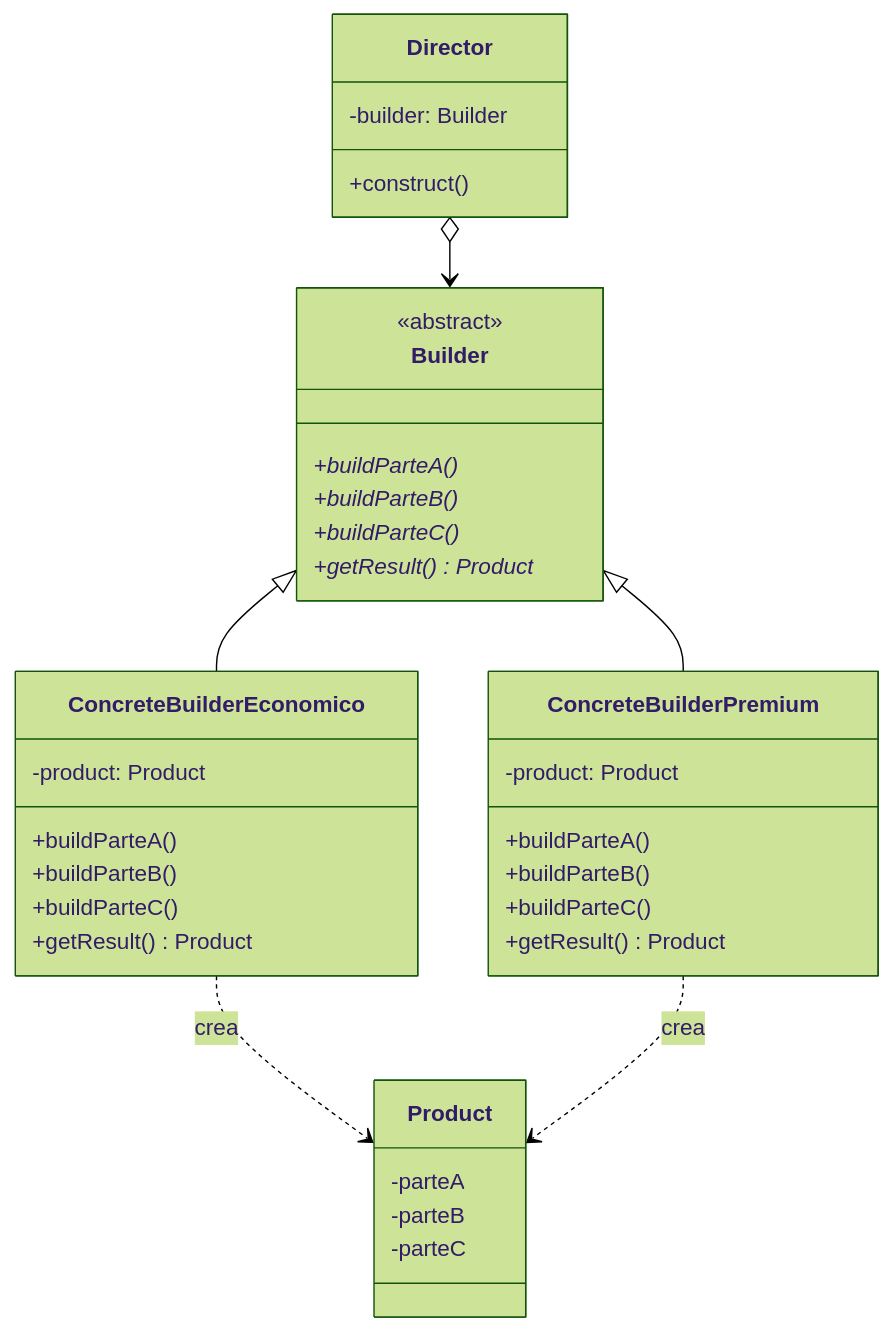
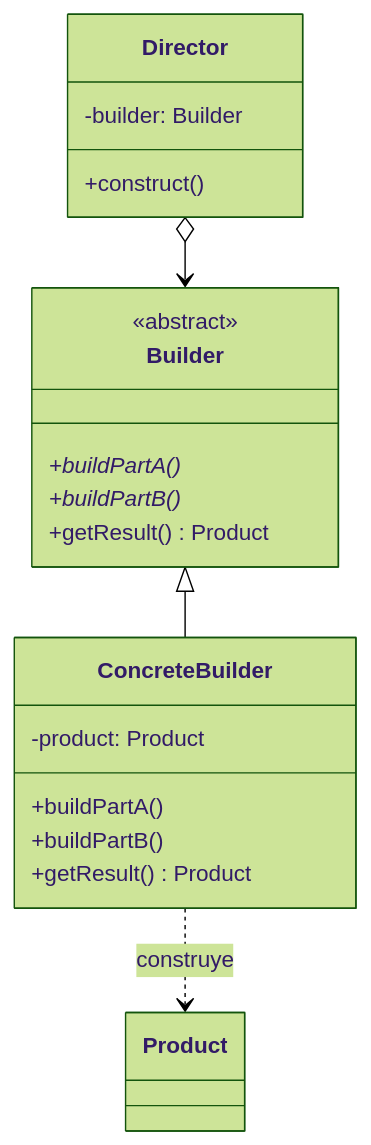
One commit to auwus21/Facultad-Informatica-UNLP changed the third of 3 diagrams in OO2/Teoria/Resumenes/Clase4.md. Above: the diagram before and after it, drawn with Mermaid (forest theme). The commit also changed other lines of this file and 34 other files, not shown here.

````diff
--- a/OO2/Teoria/Resumenes/Clase4.md
+++ b/OO2/Teoria/Resumenes/Clase4.md
@@ -365,39 +204,24 @@
 ```mermaid
 classDiagram
     class Director {
         -builder: Builder
         +construct()
     }
     class Builder {
         <<abstract>>
-        +buildParteA()*
-        +buildParteB()*
-        +buildParteC()*
-        +getResult()* Product
-    }
-    class ConcreteBuilderEconomico {
-        -product: Product
-        +buildParteA()
-        +buildParteB()
-        +buildParteC()
+        +buildPartA()*
+        +buildPartB()*
         +getResult() Product
     }
-    class ConcreteBuilderPremium {
+    class ConcreteBuilder {
         -product: Product
-        +buildParteA()
-        +buildParteB()
-        +buildParteC()
+        +buildPartA()
+        +buildPartB()
         +getResult() Product
     }
-    class Product {
-        -parteA
-        -parteB
-        -parteC
-    }
+    class Product
 
     Director o--> Builder
-    Builder <|-- ConcreteBuilderEconomico
-    Builder <|-- ConcreteBuilderPremium
-    ConcreteBuilderEconomico ..> Product : crea
-    ConcreteBuilderPremium ..> Product : crea
+    Builder <|-- ConcreteBuilder
+    ConcreteBuilder ..> Product : construye
 ```
````
